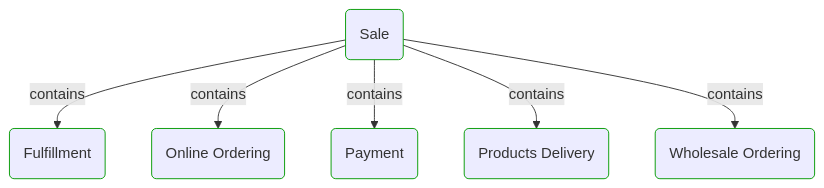
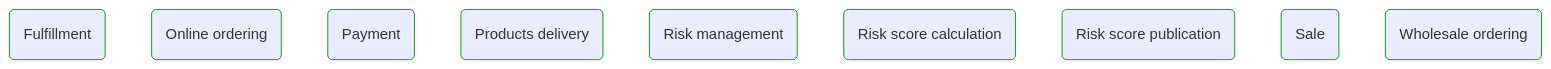
Before and after one commit to itlibrium/DDD-starter-dotnet: the diagram in Docs/P3/MermaidOutput/Domain/Processes/BusinessProcesses.md, drawn with Mermaid. The commit also changed other lines of this file and 89 other files, not shown here.

````diff
--- a/Docs/P3/MermaidOutput/Domain/Processes/BusinessProcesses.md
+++ b/Docs/P3/MermaidOutput/Domain/Processes/BusinessProcesses.md
@@ -29,23 +9,24 @@
 ```mermaid
   flowchart TB
-    0(Sale)
+    0(Fulfillment)
     class 0 DomainPerspective
-    1(Fulfillment)
+    1(Online ordering)
     class 1 DomainPerspective
-    0-->|contains|1
-    2(Online Ordering)
+    2(Payment)
     class 2 DomainPerspective
-    0-->|contains|2
-    3(Payment)
+    3(Products delivery)
     class 3 DomainPerspective
-    0-->|contains|3
-    4(Products Delivery)
+    4(Risk management)
     class 4 DomainPerspective
-    0-->|contains|4
-    5(Wholesale Ordering)
+    5(Risk score calculation)
     class 5 DomainPerspective
-    0-->|contains|5
+    6(Risk score publication)
+    class 6 DomainPerspective
+    7(Sale)
+    class 7 DomainPerspective
+    8(Wholesale ordering)
+    class 8 DomainPerspective
     classDef DomainPerspective stroke:#009900
     classDef TechnologyPerspective stroke:#1F41EB
     classDef PeoplePerspective stroke:#FFF014
 ```
````
